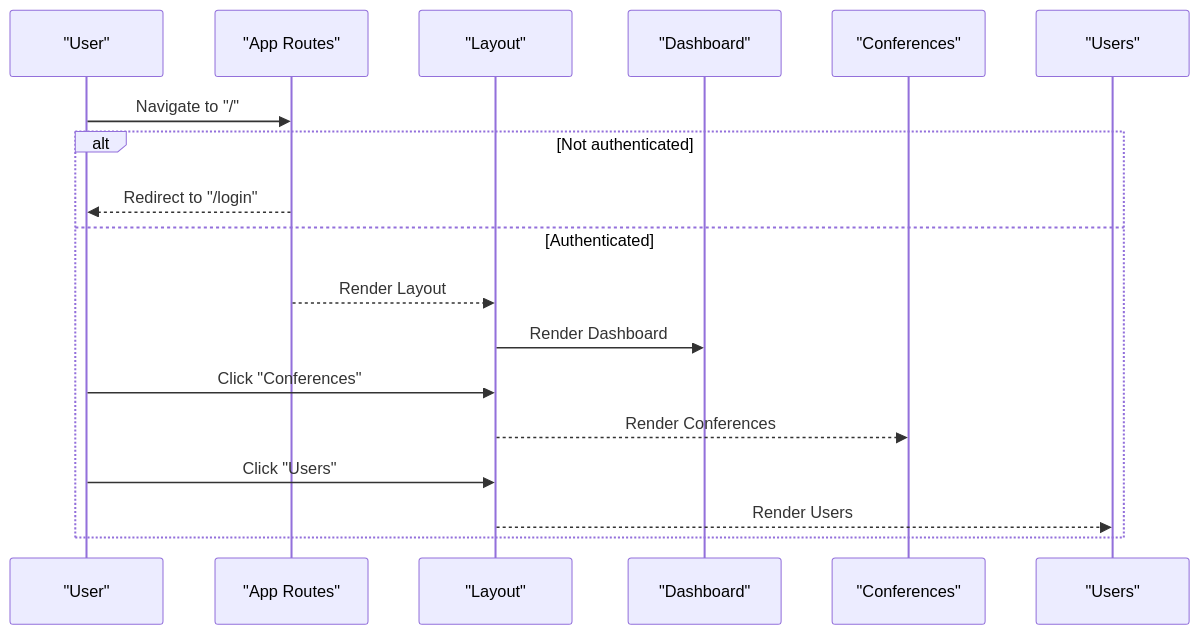
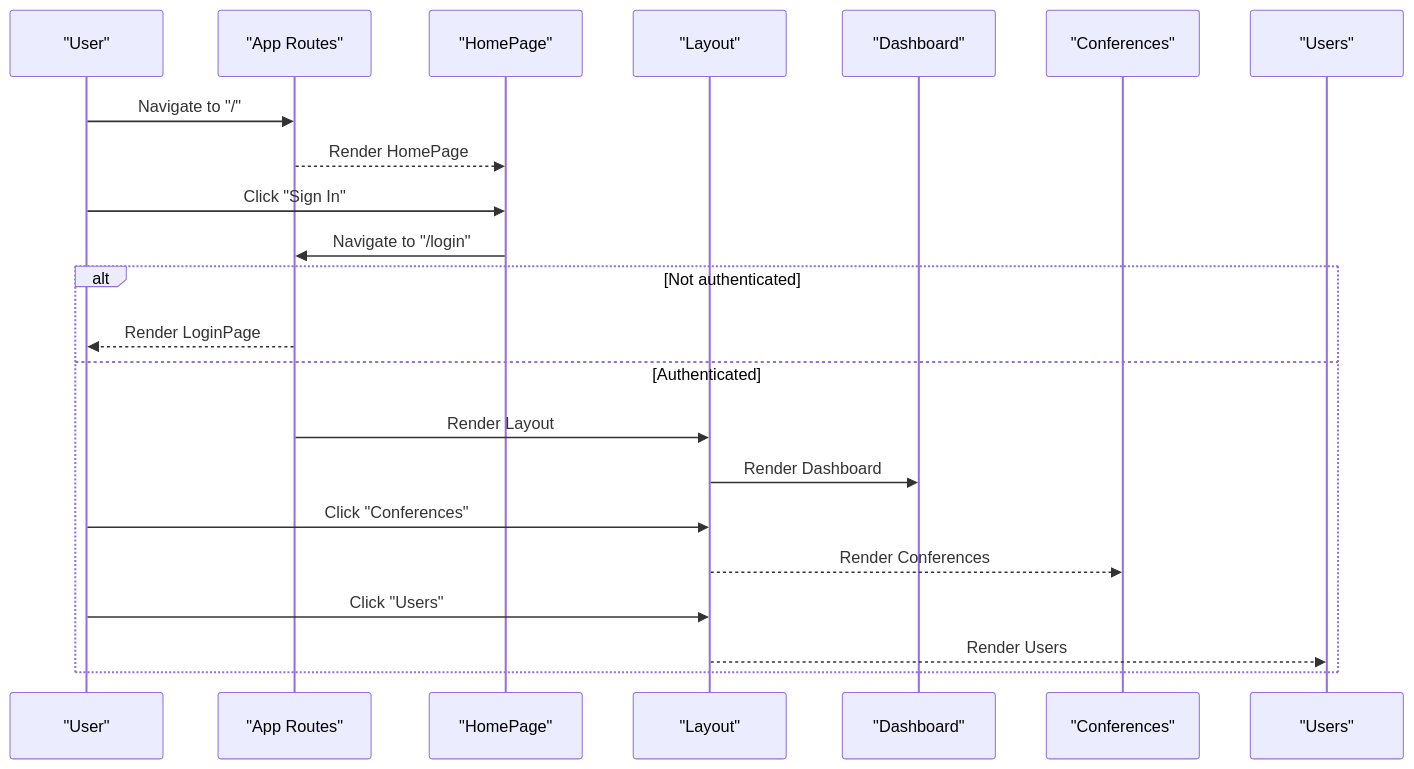
Before and after one commit to Vostrikov2014/vks-qoder: the third of 12 diagrams in .qoder/repowiki/en/content/Frontend Application/Frontend Application.md, drawn with Mermaid. The commit also changed other lines of this file and 18 other files, not shown here.

````diff
--- a/.qoder/repowiki/en/content/Frontend Application/Frontend Application.md
+++ b/.qoder/repowiki/en/content/Frontend Application/Frontend Application.md
@@ -175,20 +217,24 @@
 ```mermaid
 sequenceDiagram
 participant U as "User"
 participant R as "App Routes"
+participant H as "HomePage"
 participant L as "Layout"
 participant D as "Dashboard"
 participant C as "Conferences"
 participant U2 as "Users"
 U->>R : Navigate to "/"
+R-->>H : Render HomePage
+U->>H : Click "Sign In"
+H->>R : Navigate to "/login"
 alt Not authenticated
-R-->>U : Redirect to "/login"
+R-->>U : Render LoginPage
 else Authenticated
-R-->>L : Render Layout
+R->>L : Render Layout
 L->>D : Render Dashboard
 U->>L : Click "Conferences"
 L-->>C : Render Conferences
 U->>L : Click "Users"
 L-->>U2 : Render Users
 end
 ```
````
